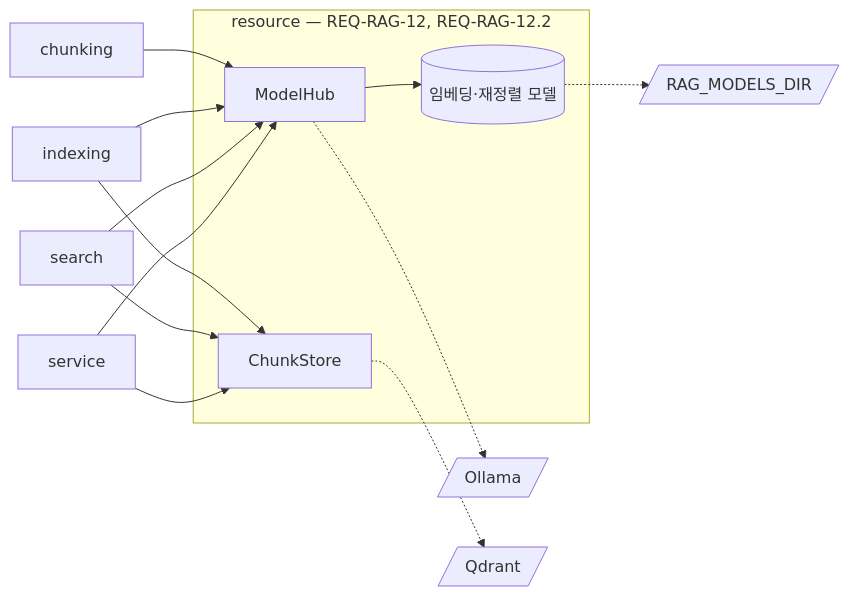
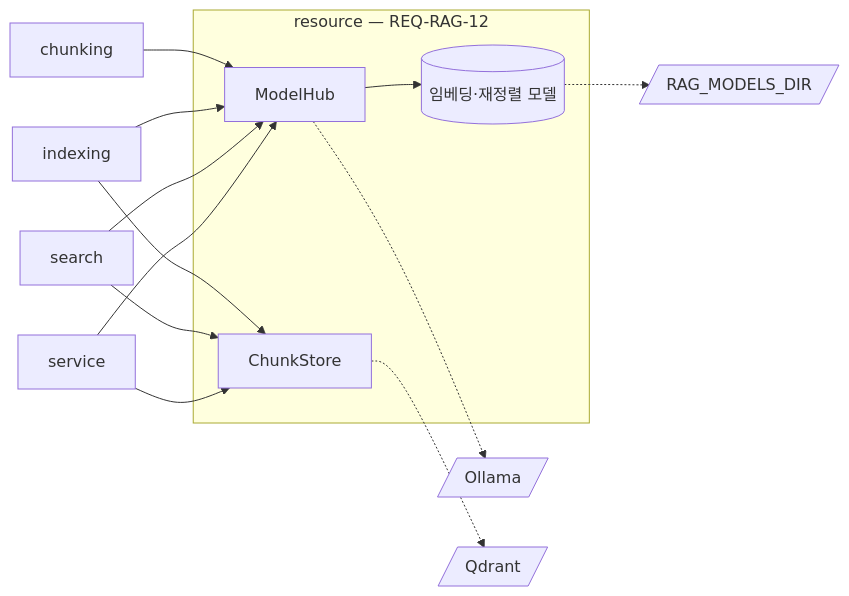
Before and after one commit to victor7-aquila/minerva: the diagram in apps/rag-server/src/minerva_rag/resource/MODULE.md, drawn with Mermaid. The commit also changed other lines of this file and 3 other files, not shown here.

````diff
--- a/apps/rag-server/src/minerva_rag/resource/MODULE.md
+++ b/apps/rag-server/src/minerva_rag/resource/MODULE.md
@@ -51,19 +51,19 @@
 ```mermaid
 flowchart LR
     Chunking["chunking"] --> Hub
     Indexing["indexing"] --> Hub
     Indexing --> Store
     Search["search"] --> Hub
     Search --> Store
     Service["service"] --> Hub
     Service --> Store
-    subgraph Boundary["resource — REQ-RAG-12, REQ-RAG-12.2"]
+    subgraph Boundary["resource — REQ-RAG-12"]
         Hub["ModelHub"]
         Store["ChunkStore"]
         Local[("임베딩·재정렬 모델")]
     end
     Hub --> Local
     Hub -.-> Ollama[/"Ollama"/]
     Local -.-> Files[/"RAG_MODELS_DIR"/]
     Store -.-> Qdrant[/"Qdrant"/]
 ```
````
